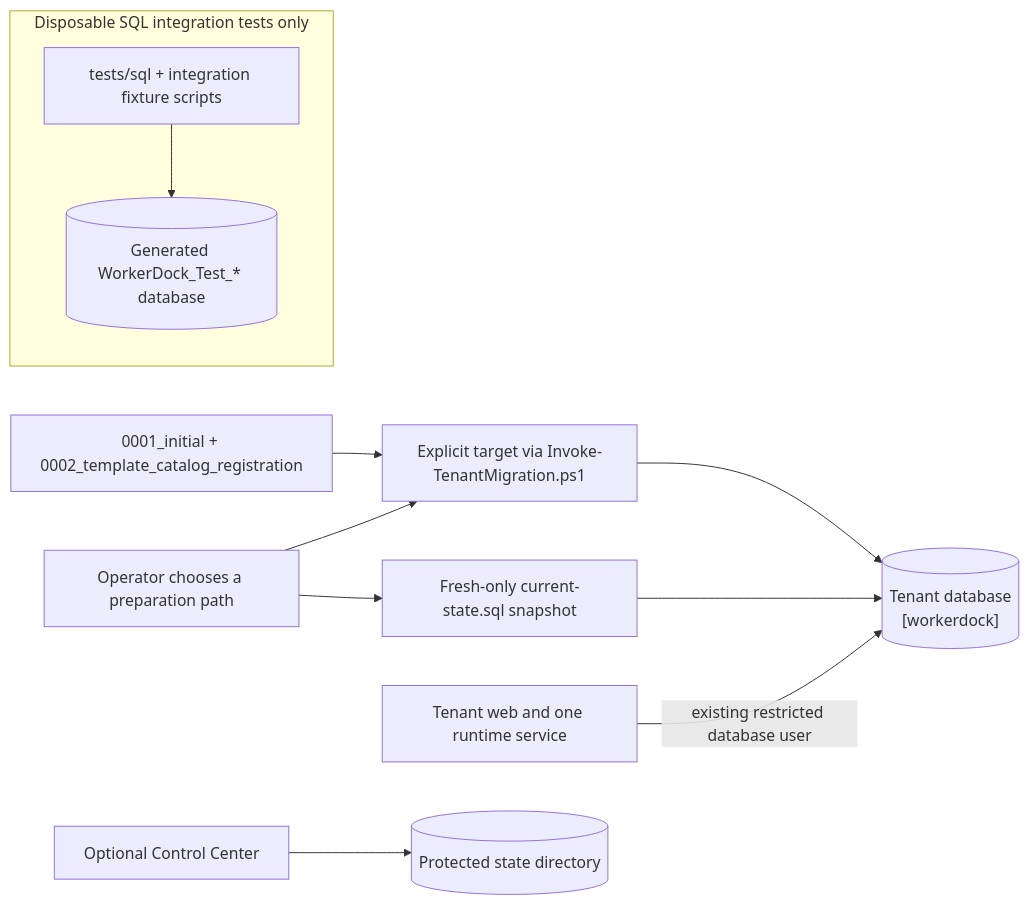
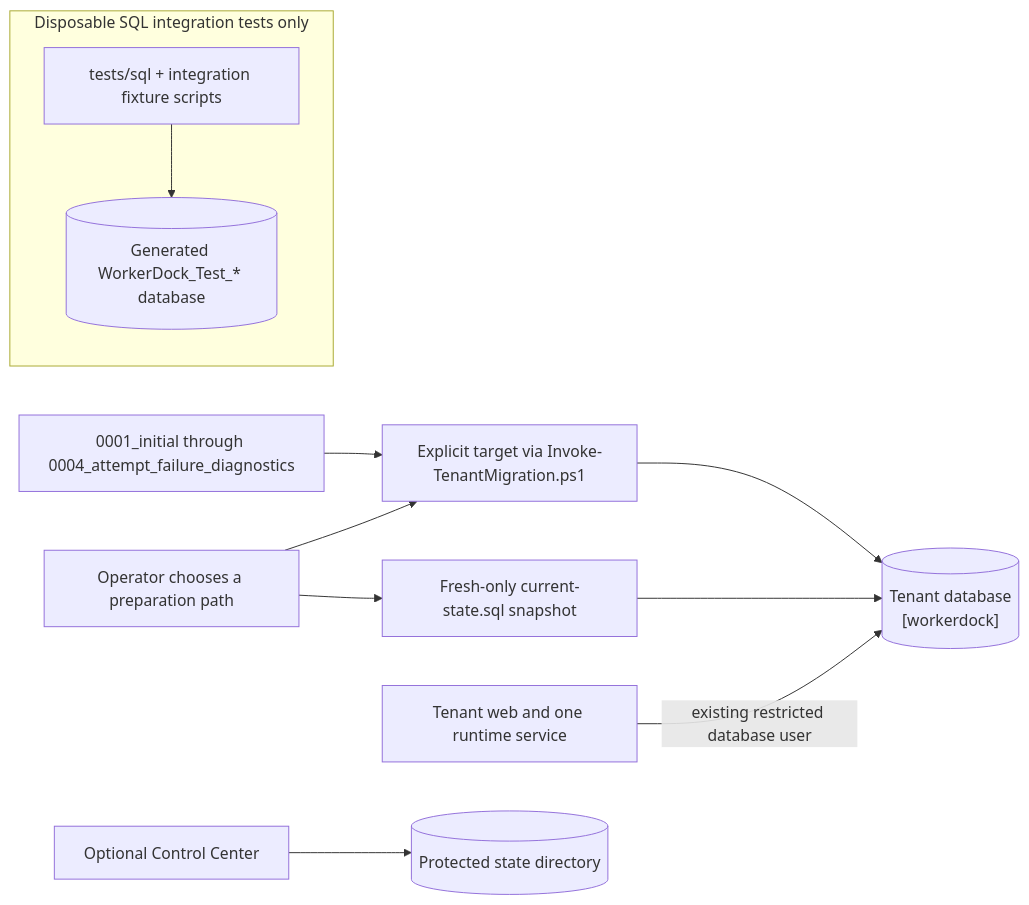
The diagram in docs/how-to/setup-sql-server.md (brunofreitasv/WorkerDock), drawn with Mermaid before and after one commit. The commit also changed other lines of this file and 131 other files, not shown here.

````diff
--- a/docs/how-to/setup-sql-server.md
+++ b/docs/how-to/setup-sql-server.md
@@ -7,15 +7,15 @@
 ```mermaid
 flowchart LR
     Operator["Operator chooses a preparation path"]
-    Manifest["0001_initial + 0002_template_catalog_registration"] --> MigrationScript["Explicit target via Invoke-TenantMigration.ps1"]
+    Manifest["0001_initial through 0004_attempt_failure_diagnostics"] --> MigrationScript["Explicit target via Invoke-TenantMigration.ps1"]
     Snapshot["Fresh-only current-state.sql snapshot"]
     Operator --> MigrationScript
     Operator --> Snapshot
     MigrationScript --> TenantDb[("Tenant database<br/>[workerdock]")]
     Snapshot --> TenantDb
     TenantApps["Tenant web and one runtime service"] -->|"existing restricted database user"| TenantDb
     CenterApp["Optional Control Center"] --> CenterFiles[("Protected state directory")]
     subgraph Tests["Disposable SQL integration tests only"]
         Fixtures["tests/sql + integration fixture scripts"] --> TestDb[("Generated WorkerDock_Test_* database")]
     end
 ```
````
